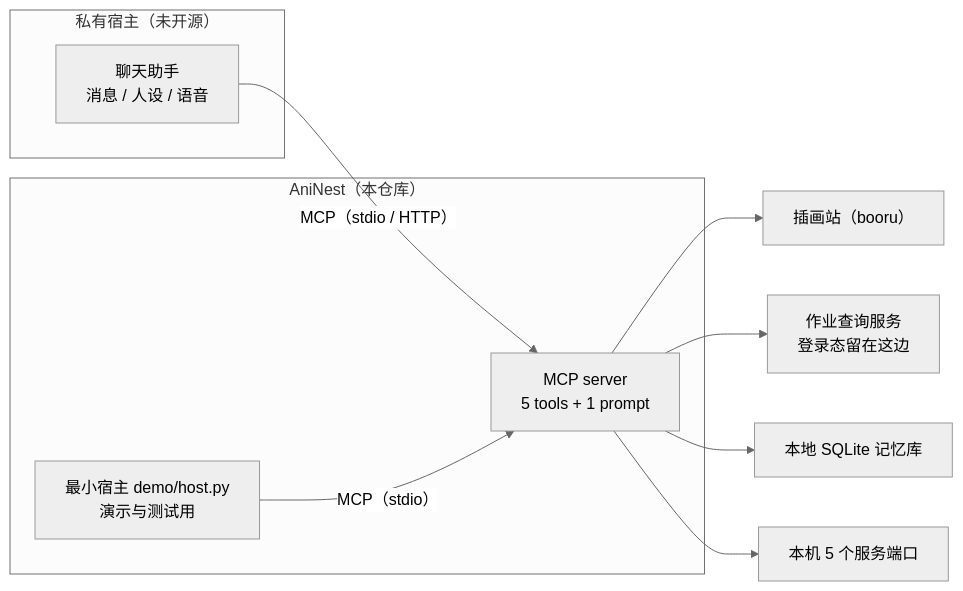
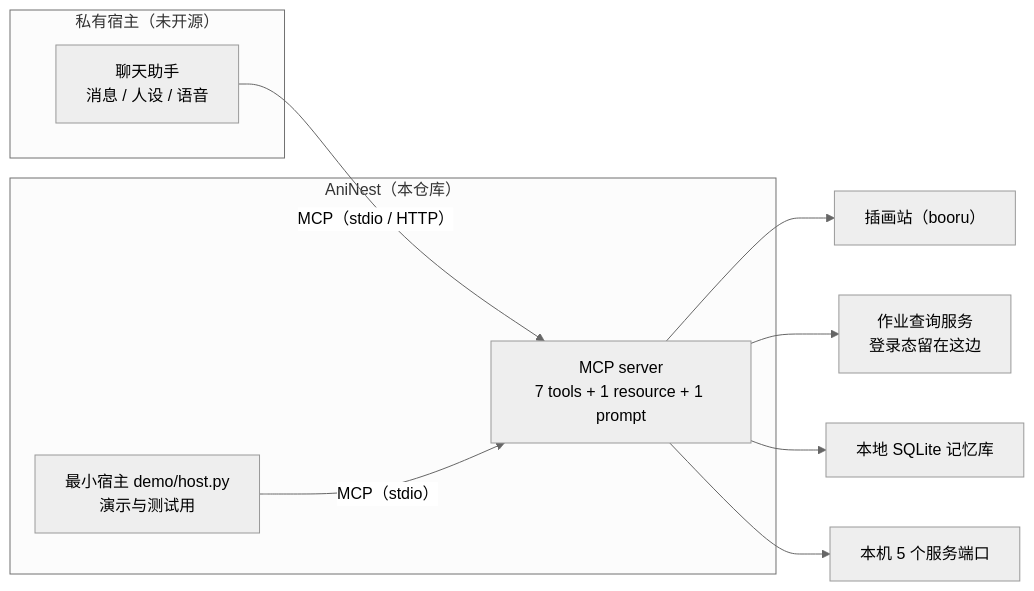
The diagram in README.md (moriruruka/aninest-mcp), drawn with Mermaid (neutral theme) before and after one commit. The commit also changed other lines of this file and 31 other files, not shown here.

````diff
--- a/README.md
+++ b/README.md
@@ -89,16 +100,16 @@
 ```mermaid
 flowchart LR
     subgraph priv["私有宿主（未开源）"]
         A["聊天助手<br/>消息 / 人设 / 语音"]
     end
     subgraph pub["AniNest（本仓库）"]
-        S["MCP server<br/>5 tools + 1 prompt"]
+        S["MCP server<br/>7 tools + 1 resource + 1 prompt"]
         H["最小宿主 demo/host.py<br/>演示与测试用"]
     end
     A -- "MCP（stdio / HTTP）" --> S
     H -- "MCP（stdio）" --> S
     S --> B["插画站（booru）"]
     S --> C["作业查询服务<br/>登录态留在这边"]
     S --> D["本地 SQLite 记忆库"]
     S --> E["本机 5 个服务端口"]
 ```
````
